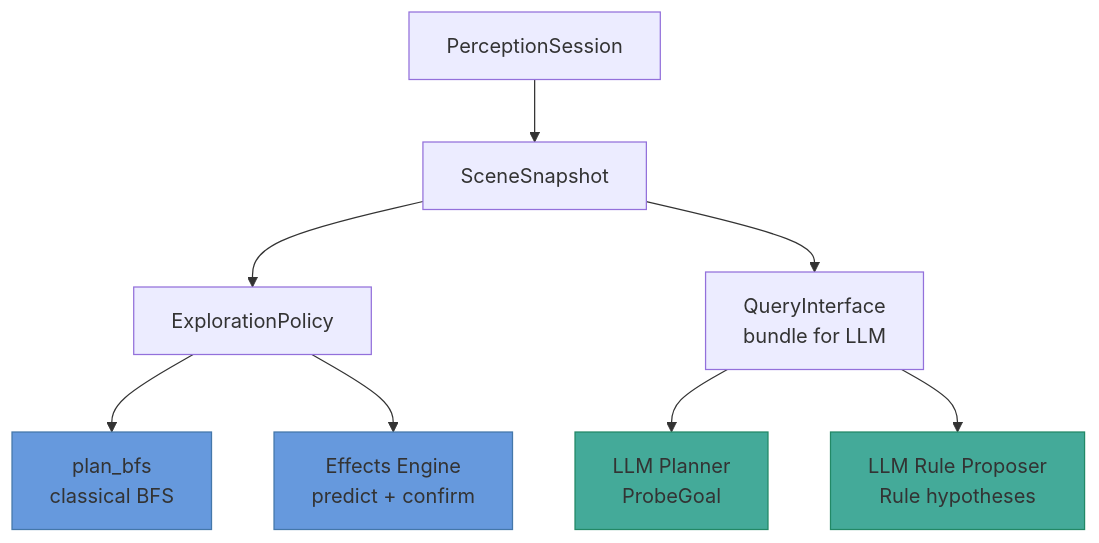
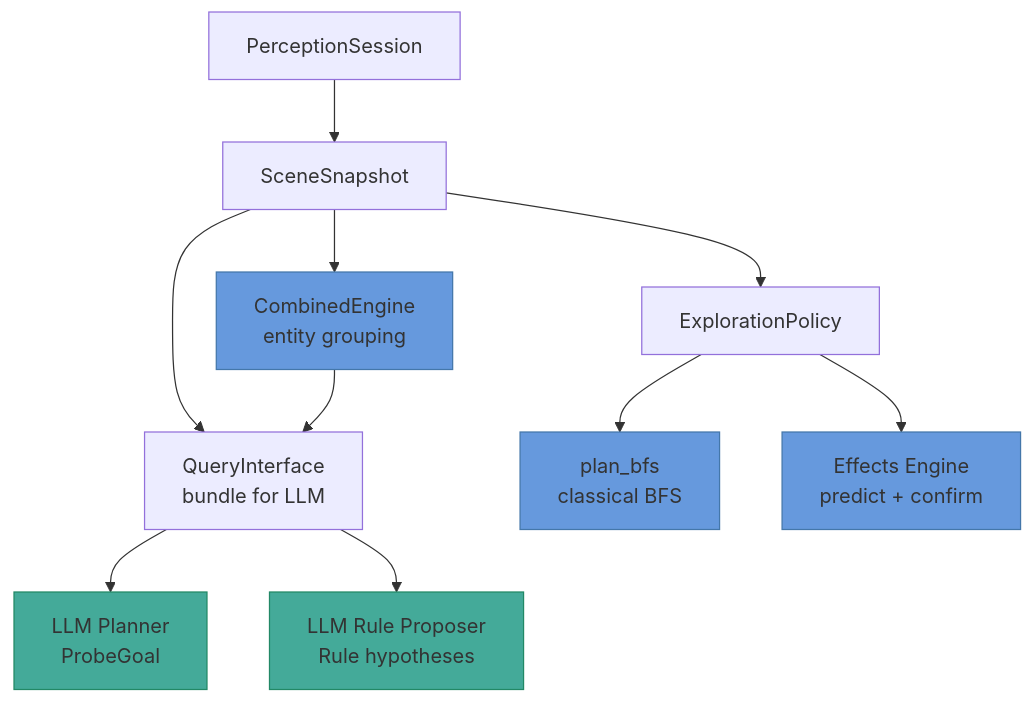
Before and after one commit to peara/ARC-AGI-3-Agents: the first of 8 diagrams in docs/reports/llm-curiosity-agent.md, drawn with Mermaid. The commit also changed other lines of this file and 3 other files, not shown here.

First line of the commit message:
feat(grouping): wire CombinedEngine into agent, add tests, update docs

````diff
--- a/docs/reports/llm-curiosity-agent.md
+++ b/docs/reports/llm-curiosity-agent.md
@@ -29,15 +29,18 @@
 ```mermaid
 graph TD
     PS[PerceptionSession] --> SS[SceneSnapshot]
     SS --> EP[ExplorationPolicy]
     SS --> QI[QueryInterface<br/>bundle for LLM]
+    SS --> CG[CombinedEngine<br/>entity grouping]
     EP --> BFS[plan_bfs<br/>classical BFS]
     QI --> LP[LLM Planner<br/>ProbeGoal]
     QI --> LRP[LLM Rule Proposer<br/>Rule hypotheses]
     EP --> EE[Effects Engine<br/>predict + confirm]
+    CG --> QI
 
     style LP fill:#4a9,stroke:#286
     style LRP fill:#4a9,stroke:#286
     style EE fill:#69d,stroke:#47a
     style BFS fill:#69d,stroke:#47a
+    style CG fill:#69d,stroke:#47a
 ```
````
